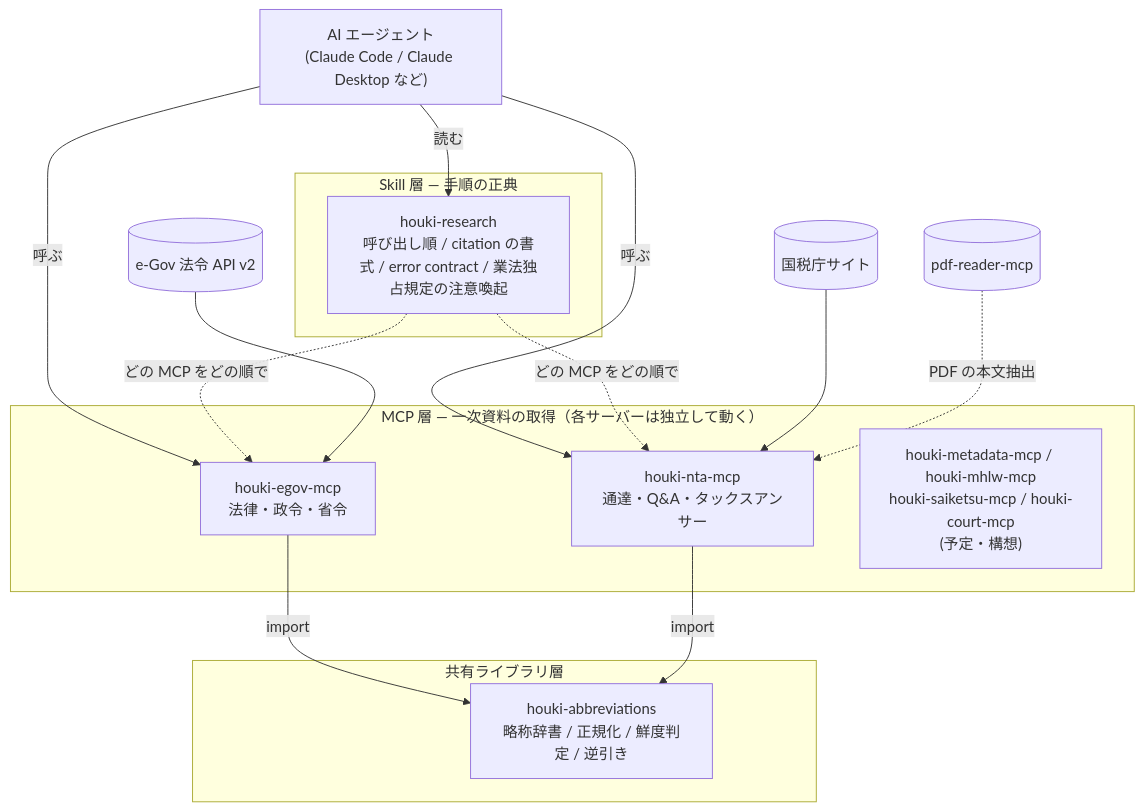
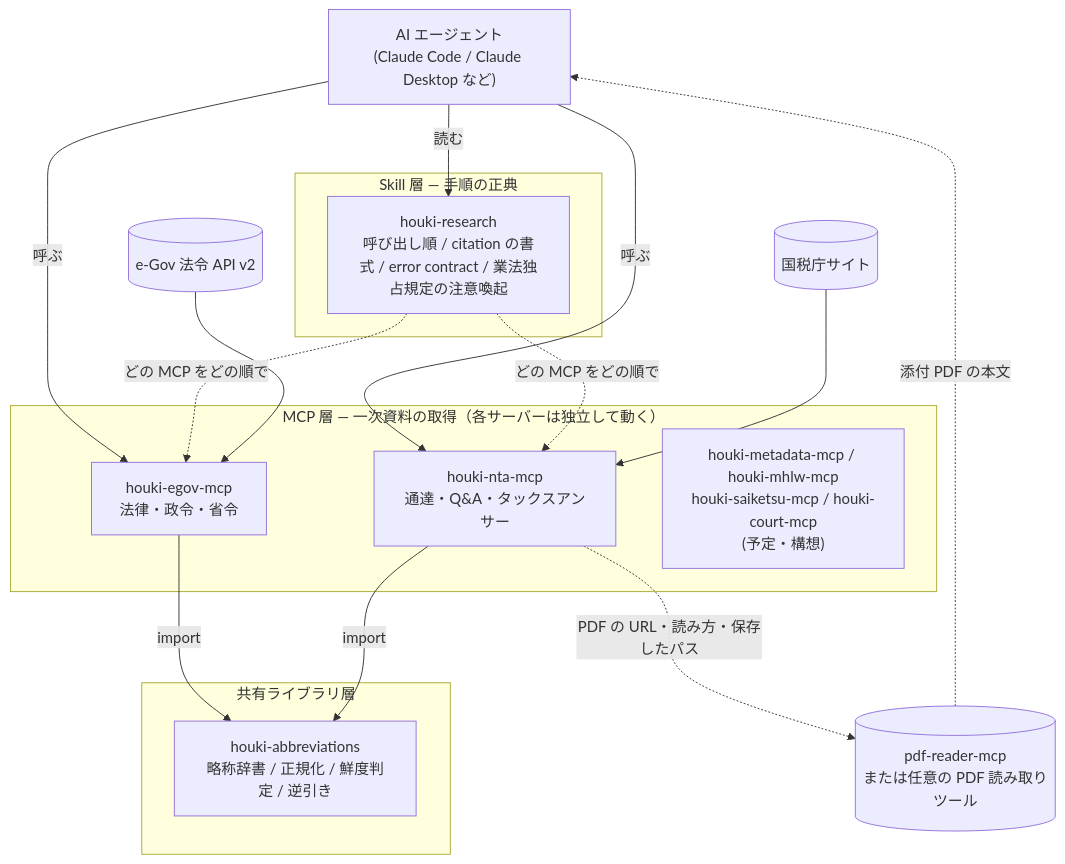
One commit to shuji-bonji/houki-hub changed the diagram in site/docs/guide/architecture.md. Above: the diagram before and after it, drawn with Mermaid. The commit also changed 8 other files, not shown here.

First line of the commit message:
docs(site): nta 0.19.0 / research-skill 0.13.0 に追随 — 添付 PDF の読み方と save: true、読み手を固定しない (#31)

````diff
--- a/site/docs/guide/architecture.md
+++ b/site/docs/guide/architecture.md
@@ -8,27 +8,28 @@
 ```mermaid
 graph TB
     AGENT["AI エージェント<br>(Claude Code / Claude Desktop など)"]
 
     subgraph SKILL["Skill 層 — 手順の正典"]
         RESEARCH["houki-research<br>呼び出し順 / citation の書式 / error contract / 業法独占規定の注意喚起"]
     end
 
     subgraph MCP["MCP 層 — 一次資料の取得（各サーバーは独立して動く）"]
         EGOV["houki-egov-mcp<br>法律・政令・省令"]
         NTA["houki-nta-mcp<br>通達・Q&A・タックスアンサー"]
         FUTURE["houki-metadata-mcp / houki-mhlw-mcp<br>houki-saiketsu-mcp / houki-court-mcp<br>(予定・構想)"]
     end
 
     subgraph LIB["共有ライブラリ層"]
         ABBR["houki-abbreviations<br>略称辞書 / 正規化 / 鮮度判定 / 逆引き"]
     end
 
     AGENT -->|読む| RESEARCH
     AGENT -->|呼ぶ| EGOV & NTA
     EGOV & NTA -->|import| ABBR
     RESEARCH -.->|どの MCP をどの順で| EGOV & NTA
 
     EGOVAPI[("e-Gov 法令 API v2")] --> EGOV
     NTASITE[("国税庁サイト")] --> NTA
-    PDFR[("pdf-reader-mcp")] -.->|PDF の本文抽出| NTA
+    PDFR[("pdf-reader-mcp<br>または任意の PDF 読み取りツール")] -.->|添付 PDF の本文| AGENT
+    NTA -.->|PDF の URL・読み方・保存したパス| PDFR
 ```
````
